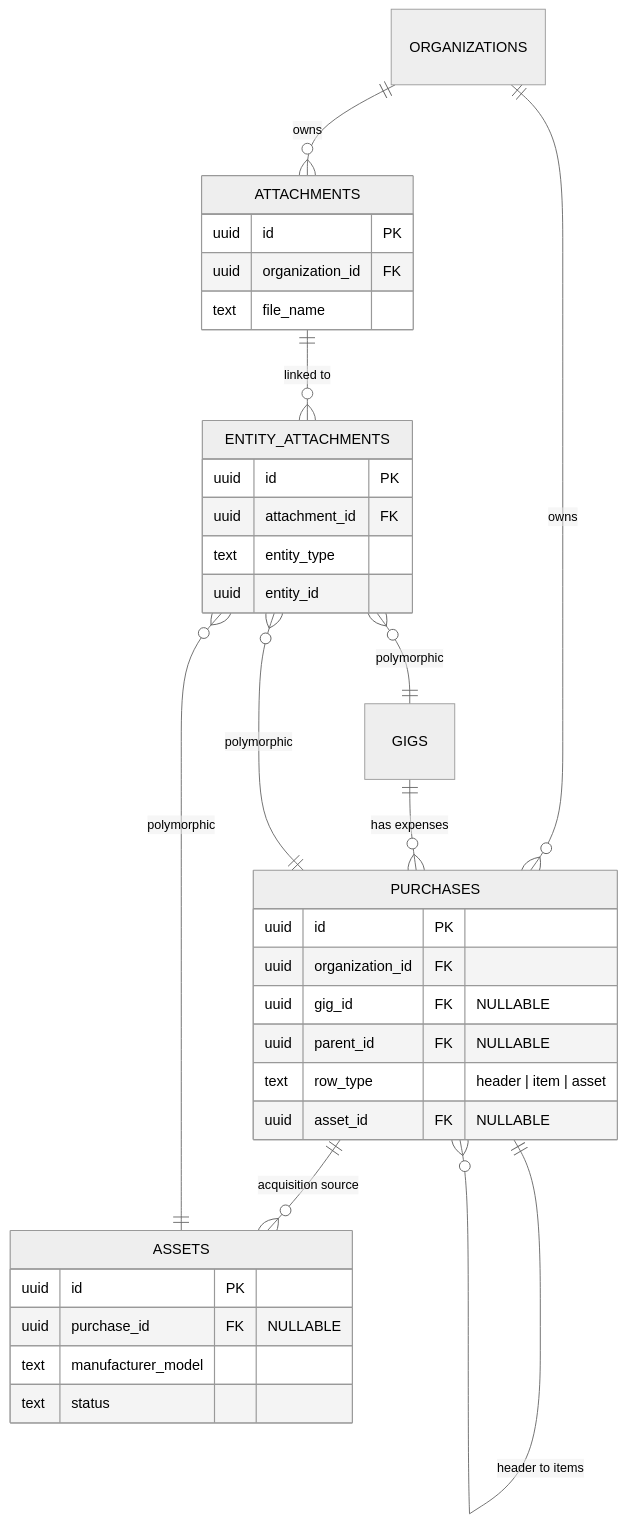
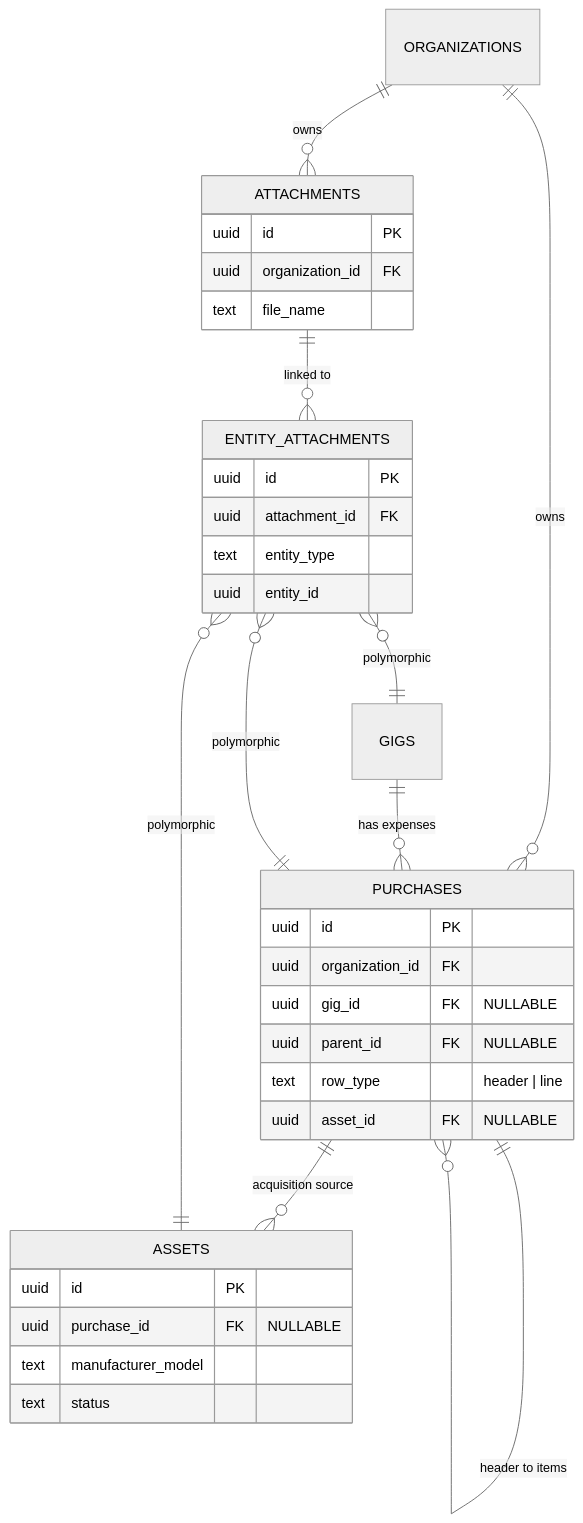
The fifth of 7 diagrams in docs/technical/database.md (corourke/GigManager), drawn with Mermaid (neutral theme) before and after one commit. The commit also changed other lines of this file and 14 other files, not shown here.

First line of the commit message:
One purchase line type; filed years lock gig income and expenses (#133)

````diff
--- a/docs/technical/database.md
+++ b/docs/technical/database.md
@@ -663,39 +663,39 @@
 ```mermaid
 erDiagram
     PURCHASES {
         uuid id PK
         uuid organization_id FK
         uuid gig_id FK "NULLABLE"
         uuid parent_id FK "NULLABLE"
-        text row_type "header | item | asset"
+        text row_type "header | line"
         uuid asset_id FK "NULLABLE"
     }
     ASSETS {
         uuid id PK
         uuid purchase_id FK "NULLABLE"
         text manufacturer_model
         text status
     }
     ATTACHMENTS {
         uuid id PK
         uuid organization_id FK
         text file_name
     }
     ENTITY_ATTACHMENTS {
         uuid id PK
         uuid attachment_id FK
         text entity_type
         uuid entity_id
     }
 
     ORGANIZATIONS ||--o{ PURCHASES : owns
     GIGS ||--o{ PURCHASES : "has expenses"
     PURCHASES ||--o{ PURCHASES : "header to items"
     PURCHASES ||--o{ ASSETS : "acquisition source"
 
     ORGANIZATIONS ||--o{ ATTACHMENTS : owns
     ATTACHMENTS ||--o{ ENTITY_ATTACHMENTS : "linked to"
     ENTITY_ATTACHMENTS }o--|| ASSETS : "polymorphic"
     ENTITY_ATTACHMENTS }o--|| PURCHASES : "polymorphic"
     ENTITY_ATTACHMENTS }o--|| GIGS : "polymorphic"
 ```
````
